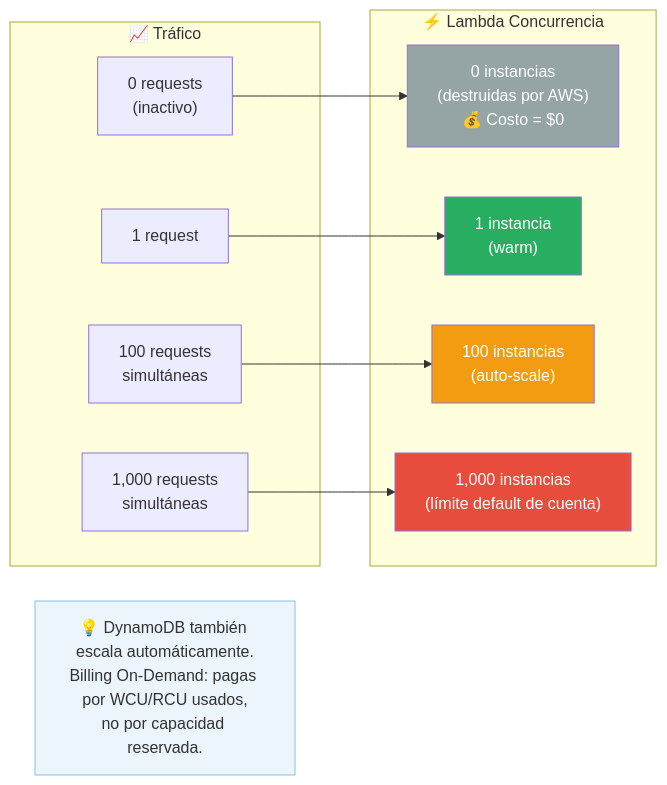
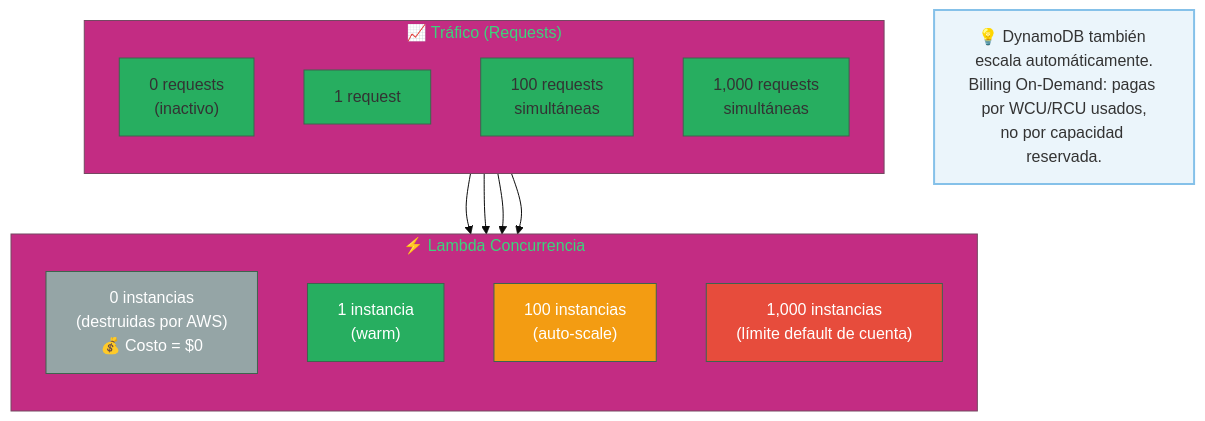
One commit to vladimiracunadev-create/proyectos-aws changed the third of 4 diagrams in caso-d-serverless-basic/docs/architecture.md. Above: the diagram before and after it, drawn with Mermaid. The commit also changed other lines of this file and 6 other files, not shown here.

Commit message:
docs: mass optimization of architecture diagrams for all completed cases (A, B, C, D, J, K, L) - vertical flow and premium styles

````diff
--- a/caso-d-serverless-basic/docs/architecture.md
+++ b/caso-d-serverless-basic/docs/architecture.md
@@ -93,29 +99,32 @@
 ```mermaid
-graph LR
-    subgraph Trafico["📈 Tráfico"]
+%%{init: {'theme': 'base', 'themeVariables': { 'primaryColor': '#27AE60', 'fontsize': '16px' }}}%%
+graph TB
+    subgraph Trafico["📈 Tráfico (Requests)"]
+        direction TB
         T0["0 requests\n(inactivo)"]
         T1["1 request"]
         T100["100 requests\nsimultáneas"]
         T1000["1,000 requests\nsimultáneas"]
     end
 
-    subgraph Lambda["⚡ Lambda Concurrencia"]
+    subgraph LambdaScale["⚡ Lambda Concurrencia"]
+        direction TB
         L0["0 instancias\n(destruidas por AWS)\n💰 Costo = $0"]
         L1["1 instancia\n(warm)"]
         L100["100 instancias\n(auto-scale)"]
         L1000["1,000 instancias\n(límite default de cuenta)"]
     end
 
     T0 --> L0
     T1 --> L1
     T100 --> L100
     T1000 --> L1000
 
-    Note["💡 DynamoDB también escala automáticamente.\nBilling On-Demand: pagas por WCU/RCU usados,\nno por capacidad reservada."]
+    Note1["💡 DynamoDB también escala automáticamente.\nBilling On-Demand: pagas por WCU/RCU usados,\nno por capacidad reservada."]
 
     style L0 fill:#95A5A6,color:#fff
     style L1 fill:#27AE60,color:#fff
     style L100 fill:#F39C12,color:#fff
     style L1000 fill:#E74C3C,color:#fff
-    style Note fill:#EBF5FB,color:#333,stroke:#85C1E9
+    style Note1 fill:#EBF5FB,color:#333,stroke:#85C1E9,stroke-width:2px
 ```
````
